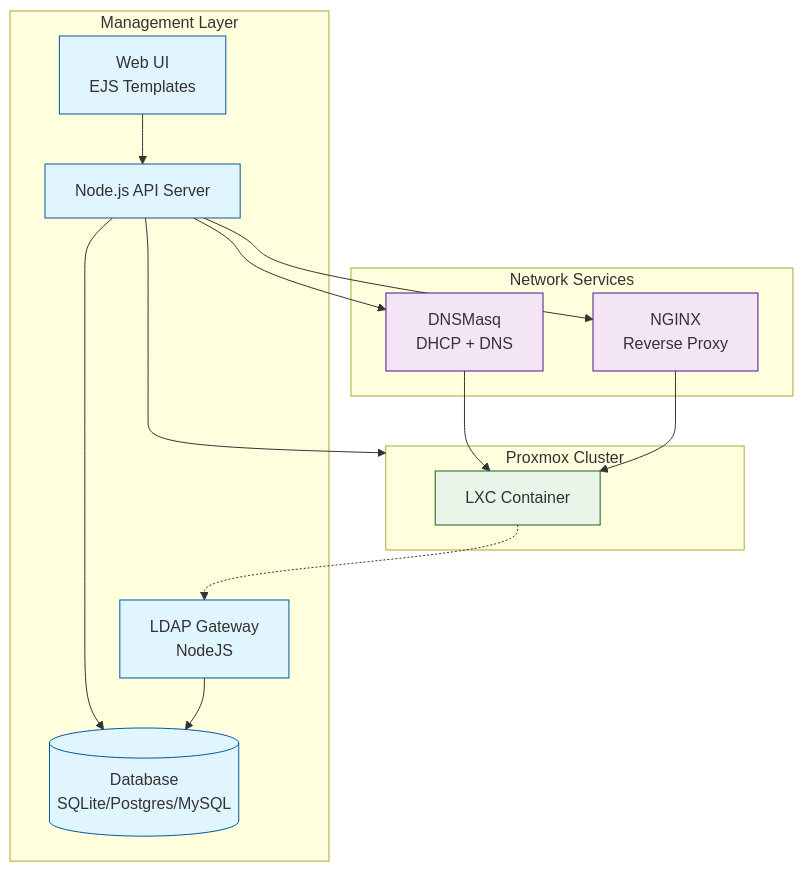
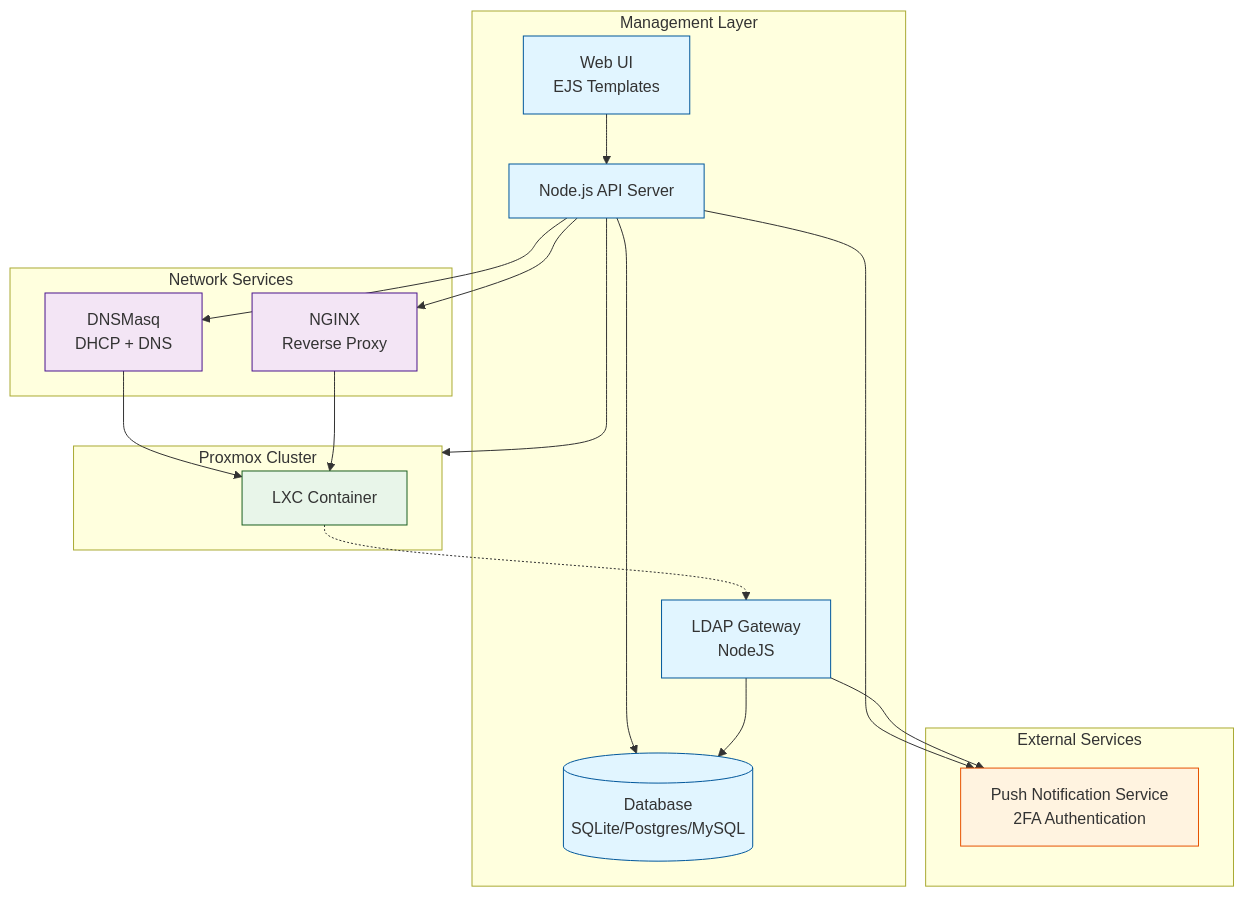
The first of 4 diagrams in mie-opensource-landing/docs/developers/system-architecture.md (mieweb/opensource-server), drawn with Mermaid before and after one commit. The commit also changed other lines of this file and 3 other files, not shown here.

First line of the commit message:
docs: Add Settings and Push Notification 2FA documentation

````diff
--- a/mie-opensource-landing/docs/developers/system-architecture.md
+++ b/mie-opensource-landing/docs/developers/system-architecture.md
@@ -11,36 +11,44 @@
 ```mermaid
 graph TB
     subgraph "Management Layer"
         WebUI[Web UI<br/>EJS Templates]
         API[Node.js API Server]
         DB[(Database<br/>SQLite/Postgres/MySQL)]
         LDAP[LDAP Gateway<br/>NodeJS]
     end
     
     subgraph "Network Services"
         DNS[DNSMasq<br/>DHCP + DNS]
         NGINX[NGINX<br/>Reverse Proxy]
     end
     
+    subgraph "External Services"
+        PushNotif[Push Notification Service<br/>2FA Authentication]
+    end
+    
     subgraph PVE[Proxmox Cluster]
         LXC[LXC Container]
     end
     
     WebUI --> API
     API --> DB
     API --> PVE
     API --> DNS
     API --> NGINX
+    API --> PushNotif
     LDAP --> DB
+    LDAP --> PushNotif
     LXC -.-> LDAP
     DNS --> LXC
     NGINX --> LXC
     
     classDef management fill:#e1f5ff,stroke:#01579b
     classDef network fill:#f3e5f5,stroke:#4a148c
     classDef compute fill:#e8f5e9,stroke:#1b5e20
+    classDef external fill:#fff3e0,stroke:#e65100
     
     class WebUI,API,DB,LDAP management
     class DNS,NGINX network
     class LXC compute
+    class PushNotif external
 ```
````
